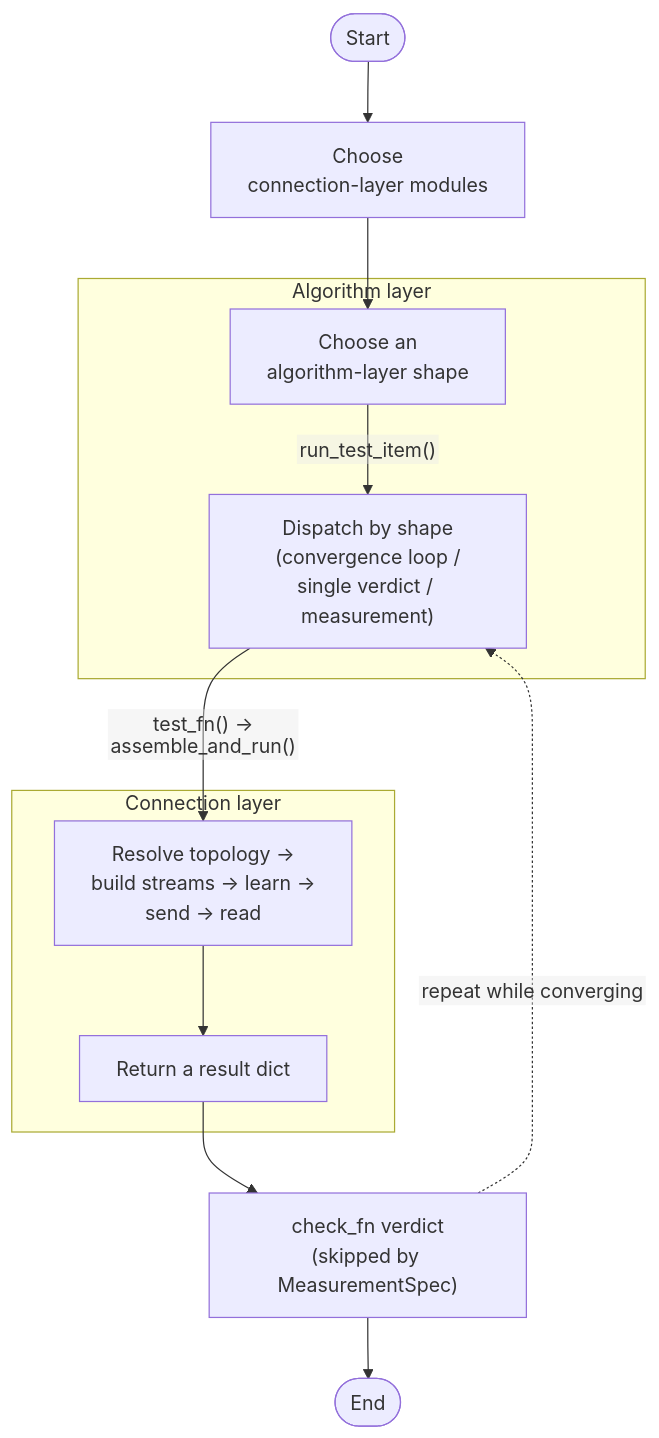
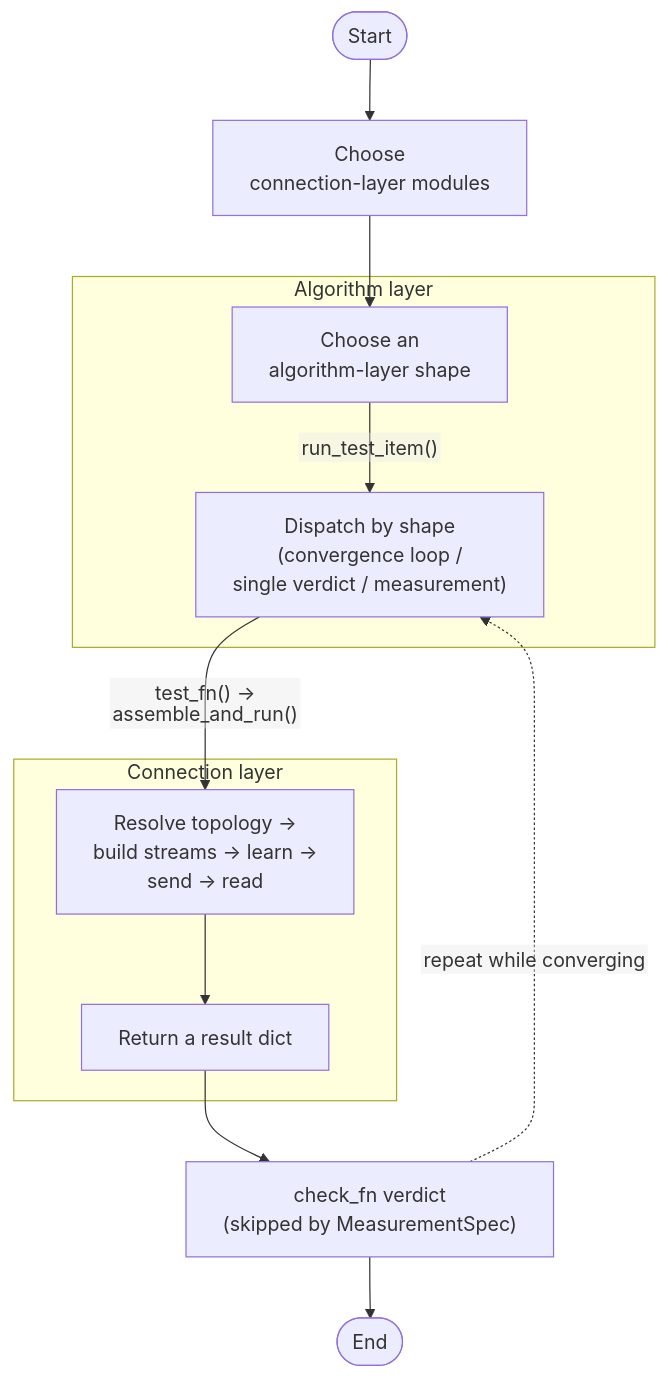
Before and after one commit to isoroku41226971/Xtramus-Modular-Network-Testing: the first of 3 diagrams in python-app/README.md, drawn with Mermaid. The commit also changed other lines of this file, not shown here.

Commit message:
docs: widen Mermaid label wrapping

````diff
--- a/python-app/README.md
+++ b/python-app/README.md
@@ -39,19 +39,19 @@
 ```mermaid
-%%{init: {"flowchart": {"htmlLabels": false}}}%%
+%%{init: {"flowchart": {"htmlLabels": false, "wrappingWidth": 400}}}%%
 flowchart TD
     Start(["Start"]) --> Pick["Choose<br/>connection-layer modules"]
     Pick --> Shape["Choose an<br/>algorithm-layer shape"]
 
     subgraph ALG["Algorithm layer"]
         Shape -->|"run_test_item()"| Judge["Dispatch by shape<br/>(convergence loop /<br/>single verdict / measurement)"]
     end
 
     subgraph CONN["Connection layer"]
         Judge -->|"test_fn() →<br/>assemble_and_run()"| Assemble["Resolve topology →<br/>build streams → learn →<br/>send → read"]
         Assemble --> ReturnResult["Return a result dict"]
     end
 
     ReturnResult --> CheckFn["check_fn verdict<br/>(skipped by MeasurementSpec)"]
     CheckFn -.->|"repeat while converging"| Judge
     CheckFn --> End(["End"])
 ```
````
